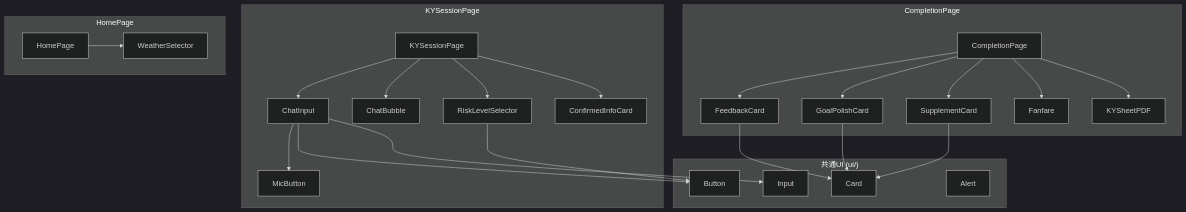
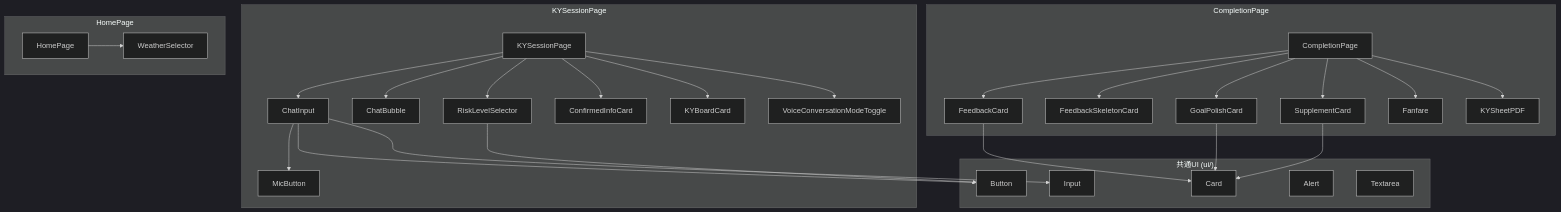
Diagram 15 of 16 in apps/v2-modern/docs/00_overview/00_Master_Technical_Reference.md (Ibar-Aki/solar-aldrin), drawn with Mermaid (dark theme) before and after one commit. The commit also changed other lines of this file and 5 other files, not shown here.

````diff
--- a/apps/v2-modern/docs/00_overview/00_Master_Technical_Reference.md
+++ b/apps/v2-modern/docs/00_overview/00_Master_Technical_Reference.md
@@ -1341,39 +1425,43 @@
 ```mermaid
 graph TB
     subgraph "KYSessionPage"
         KSP_ROOT[KYSessionPage]
         KSP_ROOT --> CI[ChatInput]
         KSP_ROOT --> CB[ChatBubble]
         KSP_ROOT --> RLS[RiskLevelSelector]
         KSP_ROOT --> CIC[ConfirmedInfoCard]
+        KSP_ROOT --> KBC[KYBoardCard]
+        KSP_ROOT --> VCMT[VoiceConversationModeToggle]
         CI --> MB[MicButton]
     end
     
     subgraph "CompletionPage"
         CP_ROOT[CompletionPage]
         CP_ROOT --> FC[FeedbackCard]
+        CP_ROOT --> FSC[FeedbackSkeletonCard]
         CP_ROOT --> GPC[GoalPolishCard]
         CP_ROOT --> SC[SupplementCard]
         CP_ROOT --> FAN[Fanfare]
         CP_ROOT --> PDF[KYSheetPDF]
     end
     
     subgraph "HomePage"
         HP_ROOT[HomePage]
         HP_ROOT --> WS[WeatherSelector]
     end
     
     subgraph "共通UI (ui/)"
         BTN[Button]
         CARD[Card]
         INPUT[Input]
         ALERT[Alert]
+        TA[Textarea]
     end
     
     CI --> BTN
     CI --> INPUT
     RLS --> BTN
     FC --> CARD
     GPC --> CARD
     SC --> CARD
 ```
````
